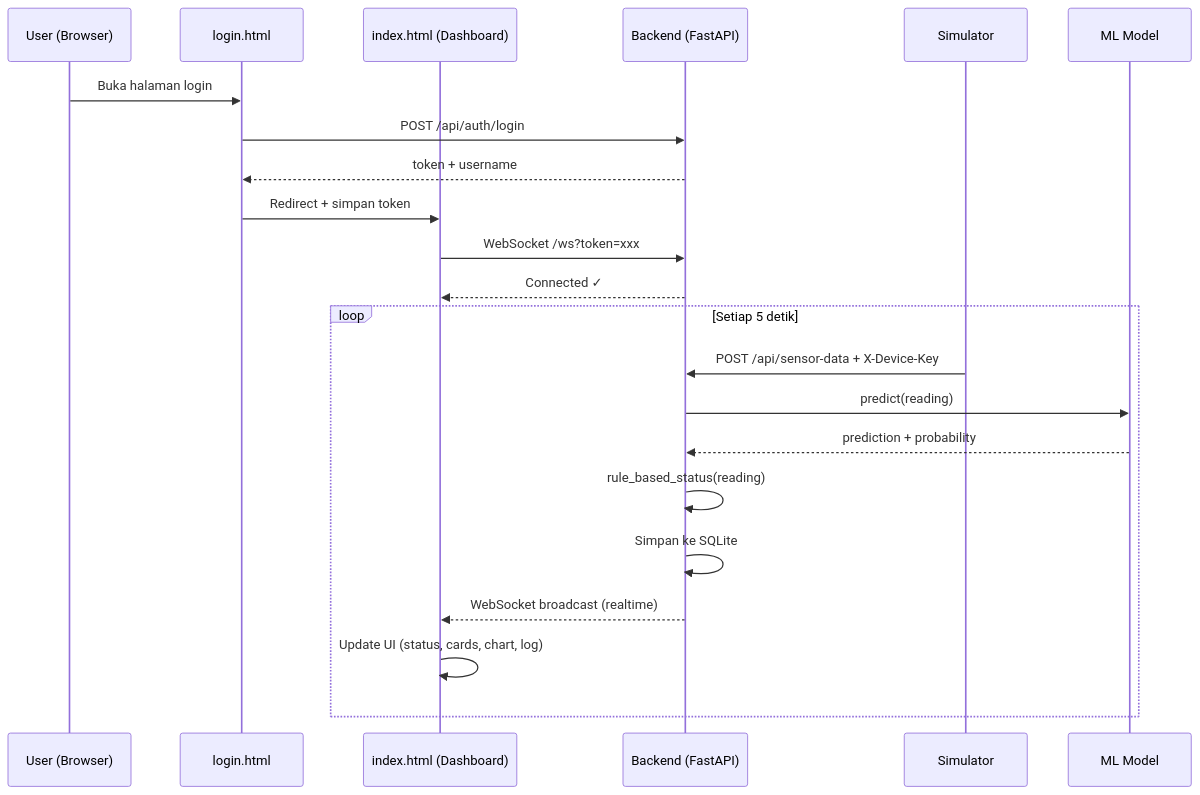
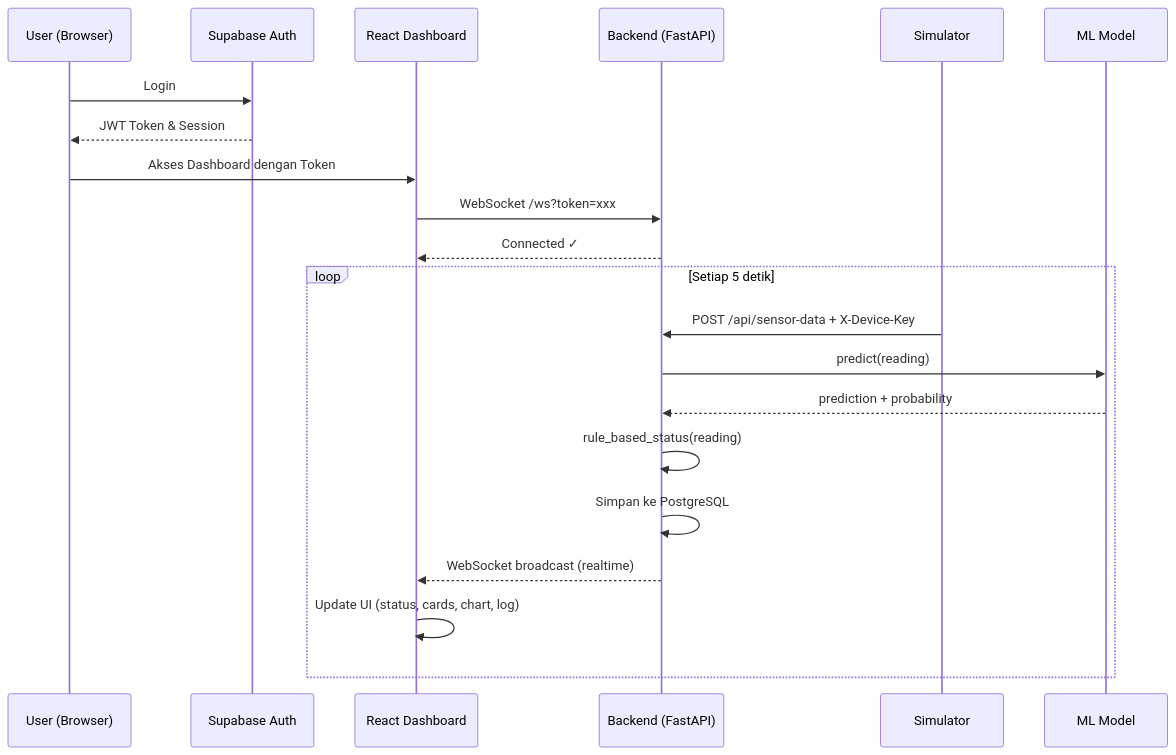
The second of 2 diagrams in project_overview.md (aldoorevaldo/aquaware-iot-system), drawn with Mermaid before and after one commit. The commit also changed other lines of this file and 27 other files, not shown here.

````diff
--- a/project_overview.md
+++ b/project_overview.md
@@ -143,27 +167,26 @@
 ```mermaid
 sequenceDiagram
     participant U as User (Browser)
-    participant L as login.html
-    participant D as index.html (Dashboard)
+    participant L as Supabase Auth
+    participant D as React Dashboard
     participant B as Backend (FastAPI)
     participant S as Simulator
     participant M as ML Model
 
-    U->>L: Buka halaman login
-    L->>B: POST /api/auth/login
-    B-->>L: token + username
-    L->>D: Redirect + simpan token
+    U->>L: Login
+    L-->>U: JWT Token & Session
+    U->>D: Akses Dashboard dengan Token
 
     D->>B: WebSocket /ws?token=xxx
     B-->>D: Connected ✓
 
     loop Setiap 5 detik
         S->>B: POST /api/sensor-data + X-Device-Key
         B->>M: predict(reading)
         M-->>B: prediction + probability
         B->>B: rule_based_status(reading)
-        B->>B: Simpan ke SQLite
+        B->>B: Simpan ke PostgreSQL
         B-->>D: WebSocket broadcast (realtime)
         D->>D: Update UI (status, cards, chart, log)
     end
 ```
````
